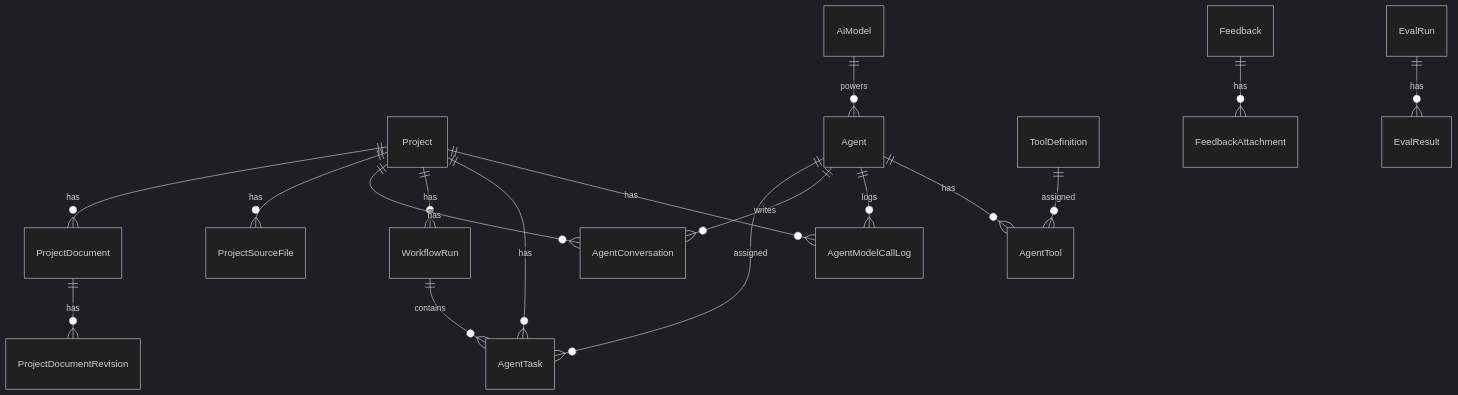
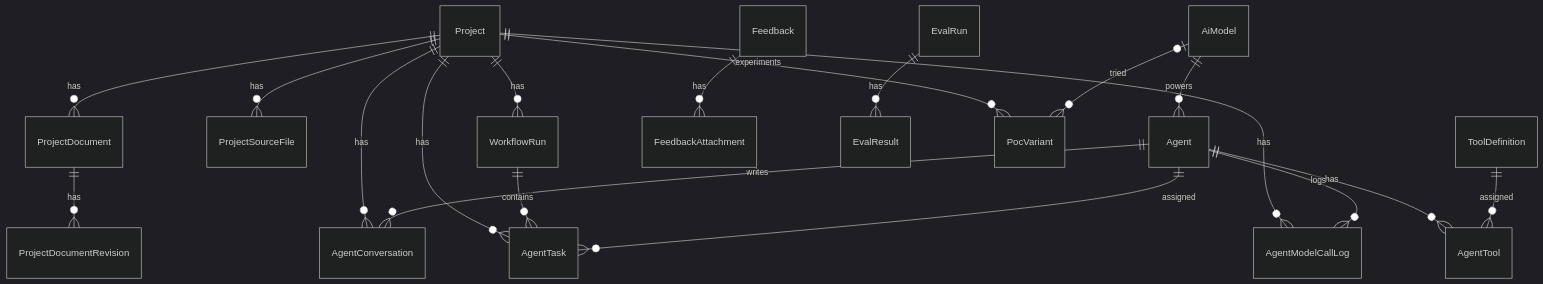
Before and after one commit to Songlong0506/ICOGenerator-v4: the first of 9 diagrams in docs/data-model.md, drawn with Mermaid (dark theme). The commit also changed other lines of this file and 34 other files, not shown here.

````diff
--- a/docs/data-model.md
+++ b/docs/data-model.md
@@ -69,22 +70,24 @@
 ```mermaid
 erDiagram
     Project ||--o{ ProjectDocument : has
     ProjectDocument ||--o{ ProjectDocumentRevision : has
     Project ||--o{ ProjectSourceFile : has
     Project ||--o{ AgentConversation : has
     Project ||--o{ WorkflowRun : has
     Project ||--o{ AgentTask : has
     Project ||--o{ AgentModelCallLog : has
 
     WorkflowRun ||--o{ AgentTask : contains
     Agent ||--o{ AgentTask : assigned
     Agent ||--o{ AgentConversation : writes
     Agent ||--o{ AgentModelCallLog : logs
 
     AiModel ||--o{ Agent : powers
     Agent ||--o{ AgentTool : has
     ToolDefinition ||--o{ AgentTool : assigned
 
     Feedback ||--o{ FeedbackAttachment : has
     EvalRun ||--o{ EvalResult : has
+    Project ||--o{ PocVariant : experiments
+    AiModel |o--o{ PocVariant : tried
 ```
````
